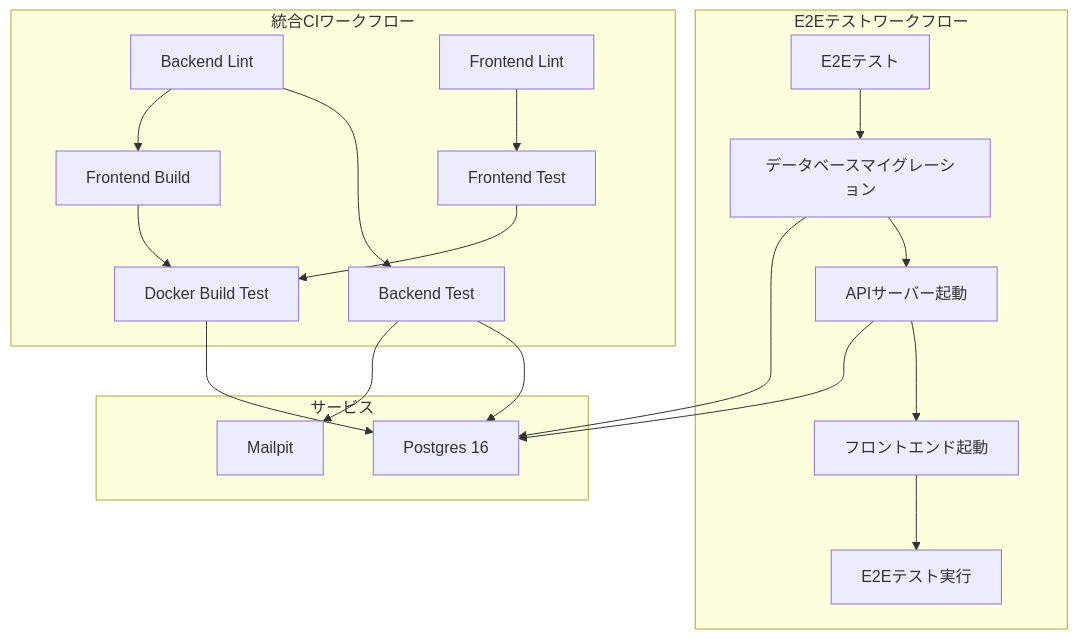
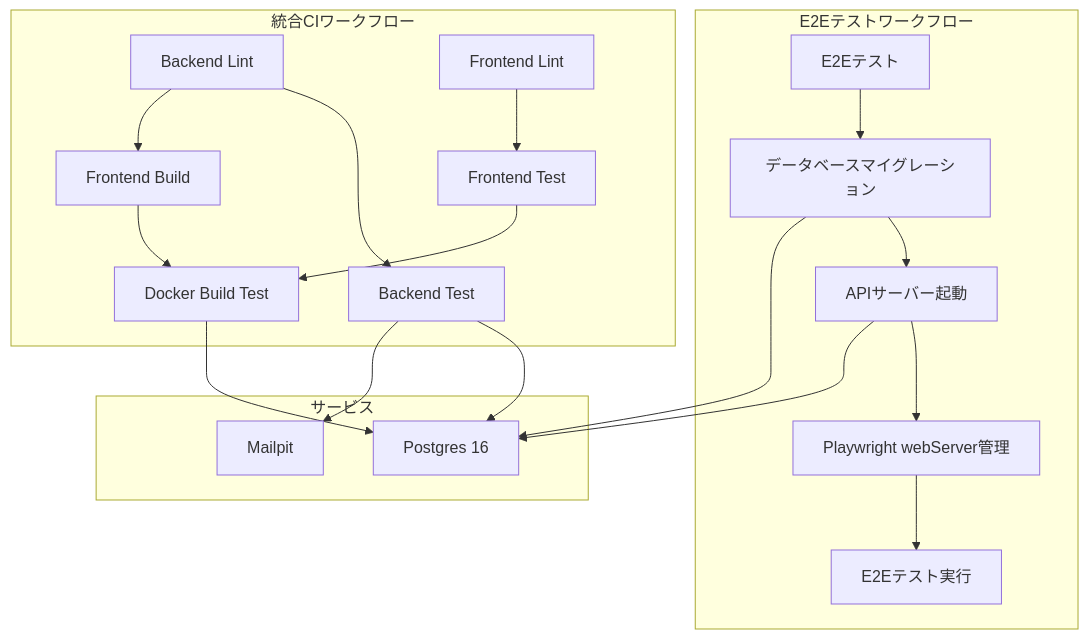
The second of 5 diagrams in .qoder/repowiki/ja/content/開発ワークフロー/CI_CDパイプライン.md (ss8806/Todos), drawn with Mermaid before and after one commit. The commit also changed other lines of this file and 9 other files, not shown here.

````diff
--- a/.qoder/repowiki/ja/content/開発ワークフロー/CI_CDパイプライン.md
+++ b/.qoder/repowiki/ja/content/開発ワークフロー/CI_CDパイプライン.md
@@ -169,36 +171,36 @@
 ```mermaid
 graph TB
 subgraph "統合CIワークフロー"
 BL["Backend Lint"]
 BT["Backend Test"]
 FL["Frontend Lint"]
 FT["Frontend Test"]
 FB["Frontend Build"]
 DBT["Docker Build Test"]
 BL --> BT
 FL --> FT
 BL --> FB
 FB --> DBT
 FT --> DBT
 end
 subgraph "E2Eテストワークフロー"
 E2E["E2Eテスト"]
 EM["データベースマイグレーション"]
 AS["APIサーバー起動"]
-FS["フロントエンド起動"]
+WS["Playwright webServer管理"]
 ET["E2Eテスト実行"]
 E2E --> EM
 EM --> AS
-AS --> FS
-FS --> ET
+AS --> WS
+WS --> ET
 end
 subgraph "サービス"
 PG["Postgres 16"]
 MP["Mailpit"]
 end
 BT --> PG
 DBT --> PG
 BT --> MP
 EM --> PG
 AS --> PG
 ```
````
